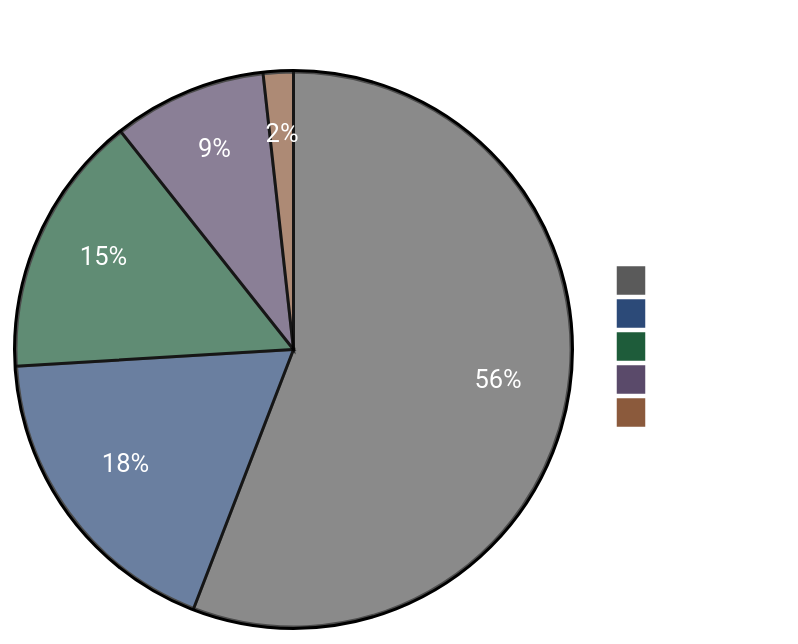
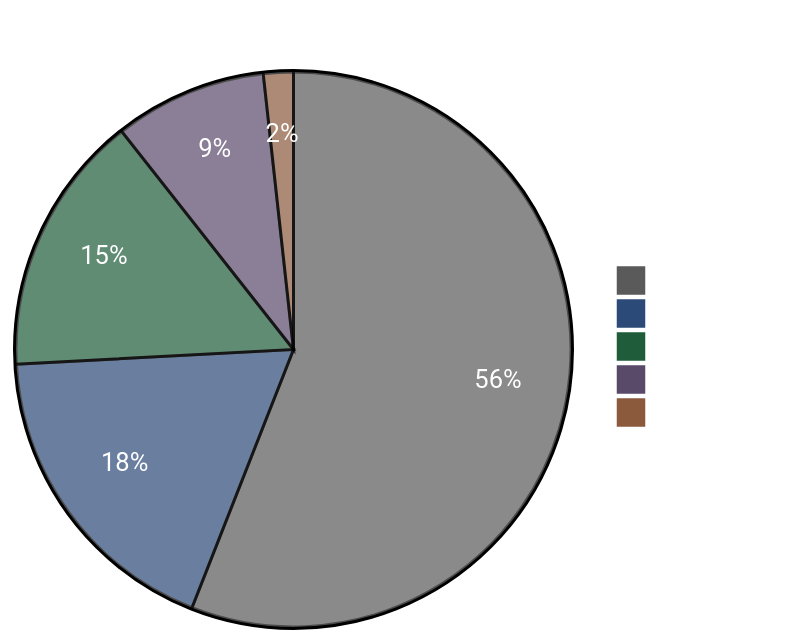
One commit to ccmeteorljh/reco-arxiv-daily changed the diagram in README.md. Above: the diagram before and after it, drawn with Mermaid. The commit also changed other lines of this file and 7 other files, not shown here.

````diff
--- a/README.md
+++ b/README.md
@@ -6,19 +6,19 @@
 ```mermaid
 %%{init: {'theme':'base', 'themeVariables': {
   'pie1':'#5a5a5a',
   'pie2':'#2c4a78',
   'pie3':'#1e5c3a',
   'pie4':'#5a4a6a',
   'pie5':'#8b5a3c',
   'pieTitleTextColor':'#ffffff',
   'pieSectionTextColor':'#ffffff',
   'pieLegendTextColor':'#ffffff'
 }}}%%
 pie showData
 title Paper Distribution by Tag
-  "Other" : 639
-  "LLM" : 208
+  "Other" : 643
+  "LLM" : 209
   "GR" : 175
   "Seq" : 102
   "Scaling" : 20
 ```
````
